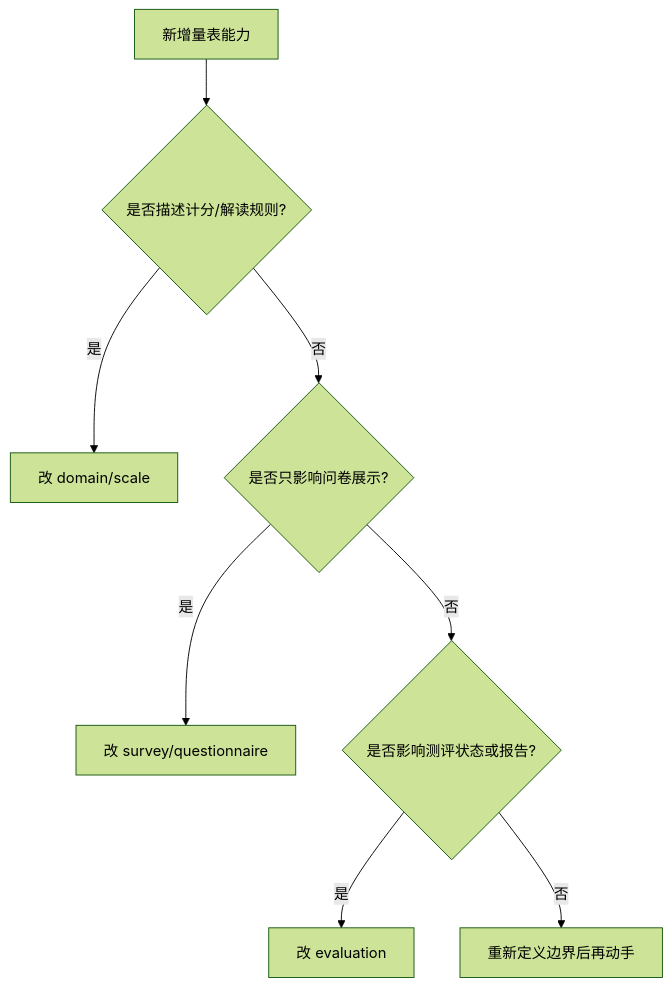
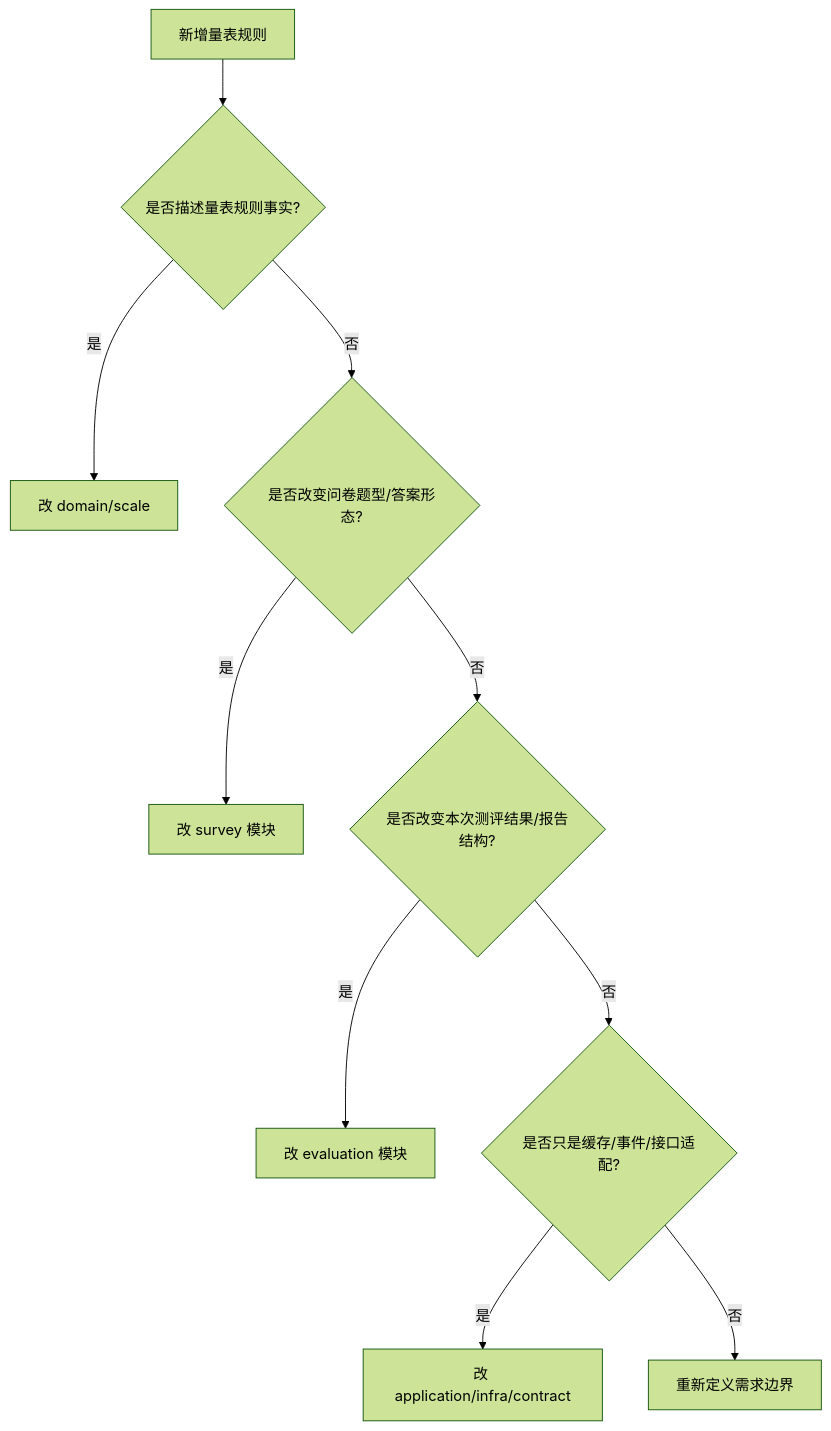
The diagram in docs/02-业务模块/scale/04-新增量表能力SOP.md (FangcunMount/qs-server), drawn with Mermaid (forest theme) before and after one commit. The commit also changed other lines of this file and 5 other files, not shown here.

````diff
--- a/docs/02-业务模块/scale/04-新增量表能力SOP.md
+++ b/docs/02-业务模块/scale/04-新增量表能力SOP.md
@@ -30,10 +56,12 @@
 ```mermaid
 flowchart TD
-    start["新增量表能力"] --> rule{"是否描述计分/解读规则?"}
+    start["新增量表规则"] --> rule{"是否描述量表规则事实?"}
     rule -- 是 --> scale["改 domain/scale"]
-    rule -- 否 --> display{"是否只影响问卷展示?"}
-    display -- 是 --> survey["改 survey/questionnaire"]
-    display -- 否 --> output{"是否影响测评状态或报告?"}
-    output -- 是 --> evaluation["改 evaluation"]
-    output -- 否 --> review["重新定义边界后再动手"]
+    rule -- 否 --> surveyQ{"是否改变问卷题型/答案形态?"}
+    surveyQ -- 是 --> survey["改 survey 模块"]
+    surveyQ -- 否 --> evalQ{"是否改变本次测评结果/报告结构?"}
+    evalQ -- 是 --> evaluation["改 evaluation 模块"]
+    evalQ -- 否 --> infraQ{"是否只是缓存/事件/接口适配?"}
+    infraQ -- 是 --> infra["改 application/infra/contract"]
+    infraQ -- 否 --> review["重新定义需求边界"]
 ```
````
